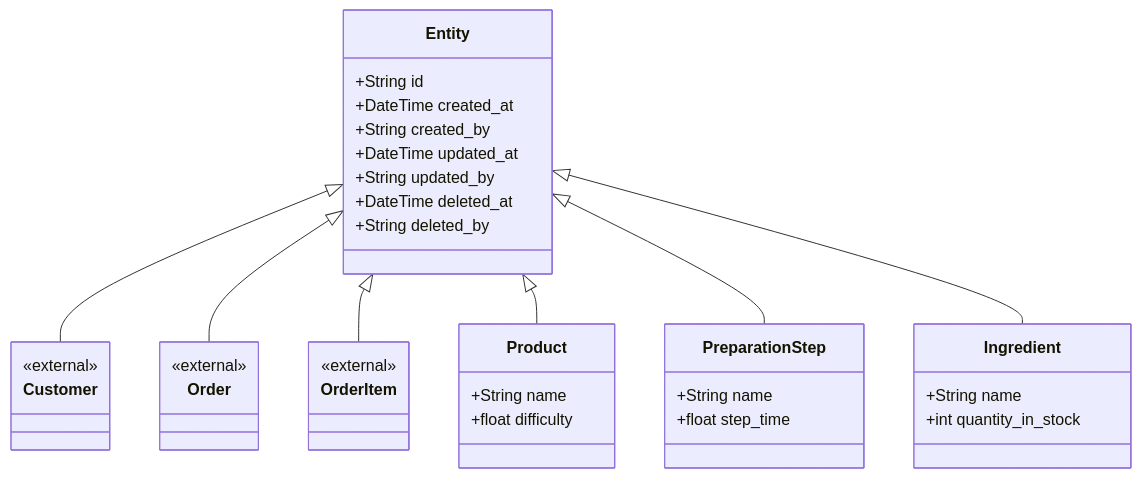
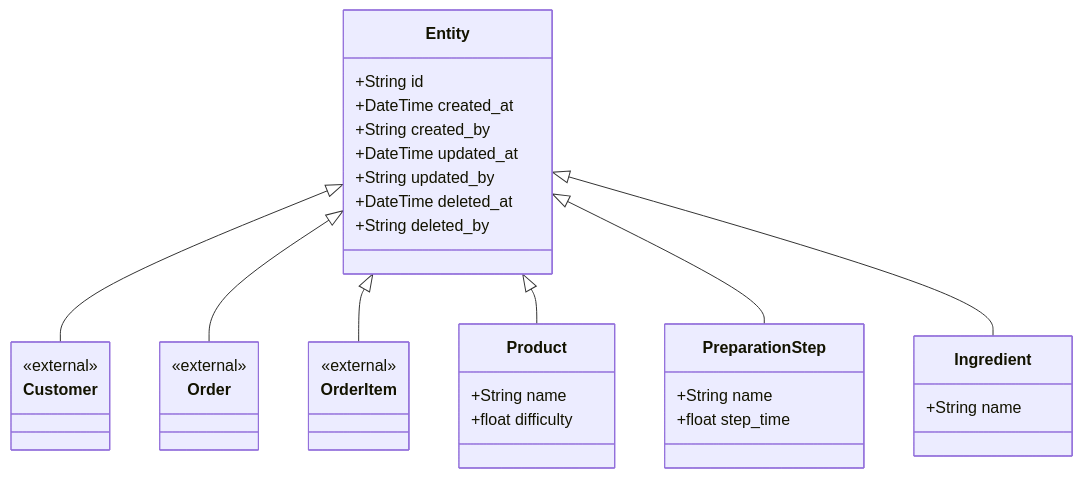
The diagram in doc/entities.md (alexander9306/Kitchen-Simulator), drawn with Mermaid before and after one commit. The commit also changed other lines of this file and 1 other file, not shown here.

Commit message:
removing quantity from ingredient

````diff
--- a/doc/entities.md
+++ b/doc/entities.md
@@ -3,43 +3,42 @@
 ```mermaid
 classDiagram
     class Entity {
         +String id
         +DateTime created_at
         +String created_by
         +DateTime updated_at
         +String updated_by
         +DateTime deleted_at
         +String deleted_by
     }
 
     class Customer {
         <<external>>
     }
     class Order {
         <<external>>
     }
     class OrderItem {
         <<external>>
     }
     class Ingredient {
         +String name
-        +int quantity_in_stock
     }
 
     class Product {
         +String name
         +float difficulty
     }
 
     class PreparationStep {
         +String name
         +float step_time
     }
 
     Entity <|-- Customer
     Entity <|-- Order
     Entity <|-- OrderItem
     Entity <|-- Product
     Entity <|-- PreparationStep
     Entity <|-- Ingredient
 ```
````
